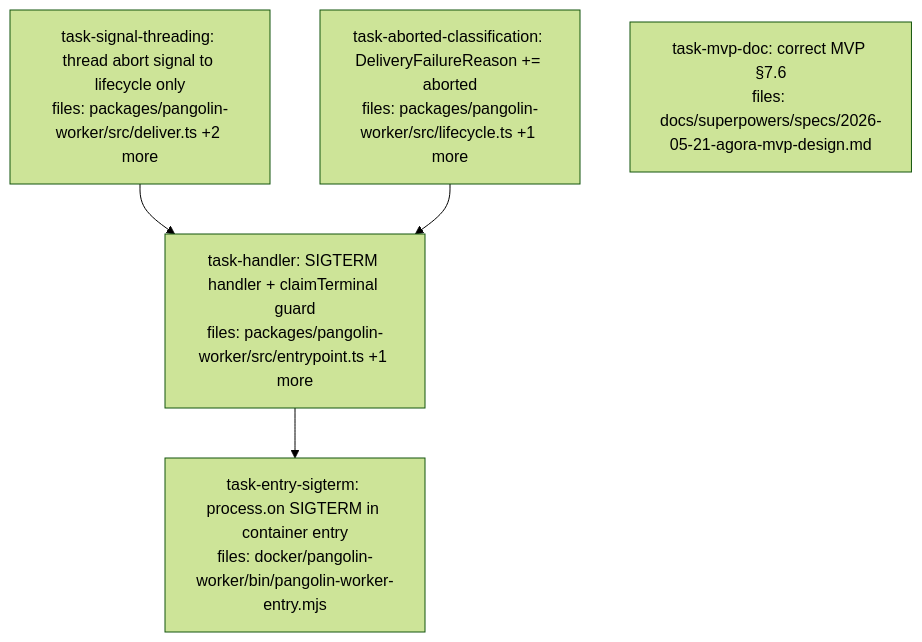
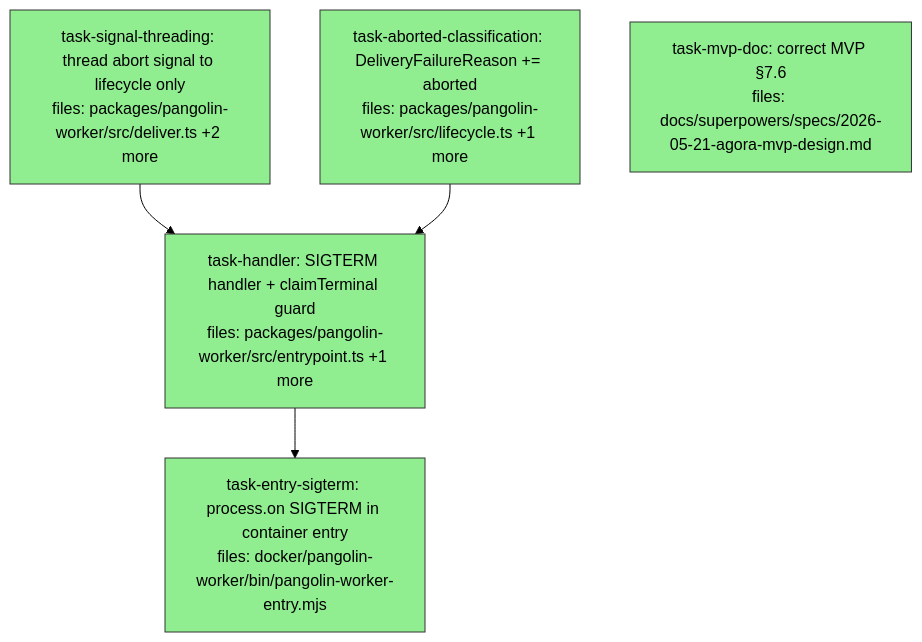
One commit to QuarrySystems/pangolin changed the diagram in docs/superpowers/plans/2026-07-24-worker-termination-slice-c-dag.md. Above: the diagram before and after it, drawn with Mermaid (forest theme). The commit also changed other lines of this file, not shown here.

Commit message:
plan(worker-termination): mark slice C DAG complete — 5/5 done
Execution record: all five tasks done via parallel dispatch.
aborted-classification, signal-threading, mvp-doc, handler (opus),
entry-sigterm — each spec+quality reviewed (handler at opus quality
tier; mvp-doc/entry-sigterm merged). One re-dispatch cycle on
aborted-classification (added the both-signals-aborted race test after
the quality reviewer caught the ordering was unguarded). Full gate green:
build + typecheck + check:deps + lint + 386 worker tests.

````diff
--- a/docs/superpowers/plans/2026-07-24-worker-termination-slice-c-dag.md
+++ b/docs/superpowers/plans/2026-07-24-worker-termination-slice-c-dag.md
@@ -10,18 +10,18 @@
 ```mermaid
 flowchart TD
-    task-aborted-classification["task-aborted-classification: DeliveryFailureReason += aborted<br/>files: packages/pangolin-worker/src/lifecycle.ts +1 more"]
-    task-signal-threading["task-signal-threading: thread abort signal to lifecycle only<br/>files: packages/pangolin-worker/src/deliver.ts +2 more"]
-    task-handler["task-handler: SIGTERM handler + claimTerminal guard<br/>files: packages/pangolin-worker/src/entrypoint.ts +1 more"]
-    task-entry-sigterm["task-entry-sigterm: process.on SIGTERM in container entry<br/>files: docker/pangolin-worker/bin/pangolin-worker-entry.mjs"]
-    task-mvp-doc["task-mvp-doc: correct MVP §7.6<br/>files: docs/superpowers/specs/2026-05-21-agora-mvp-design.md"]
+    task-aborted-classification["task-aborted-classification: DeliveryFailureReason += aborted<br/>files: packages/pangolin-worker/src/lifecycle.ts +1 more"]:::done
+    task-signal-threading["task-signal-threading: thread abort signal to lifecycle only<br/>files: packages/pangolin-worker/src/deliver.ts +2 more"]:::done
+    task-handler["task-handler: SIGTERM handler + claimTerminal guard<br/>files: packages/pangolin-worker/src/entrypoint.ts +1 more"]:::done
+    task-entry-sigterm["task-entry-sigterm: process.on SIGTERM in container entry<br/>files: docker/pangolin-worker/bin/pangolin-worker-entry.mjs"]:::done
+    task-mvp-doc["task-mvp-doc: correct MVP §7.6<br/>files: docs/superpowers/specs/2026-05-21-agora-mvp-design.md"]:::done
 
     task-signal-threading --> task-handler
     task-aborted-classification --> task-handler
     task-handler --> task-entry-sigterm
 
     classDef done fill:#90ee90,stroke:#333
     classDef ready fill:#fffacd,stroke:#333
     classDef running fill:#87ceeb,stroke:#333
     classDef failed fill:#ffb6c1,stroke:#333
     classDef skipped fill:#d3d3d3,stroke:#333,stroke-dasharray: 5 5
 ```
````
